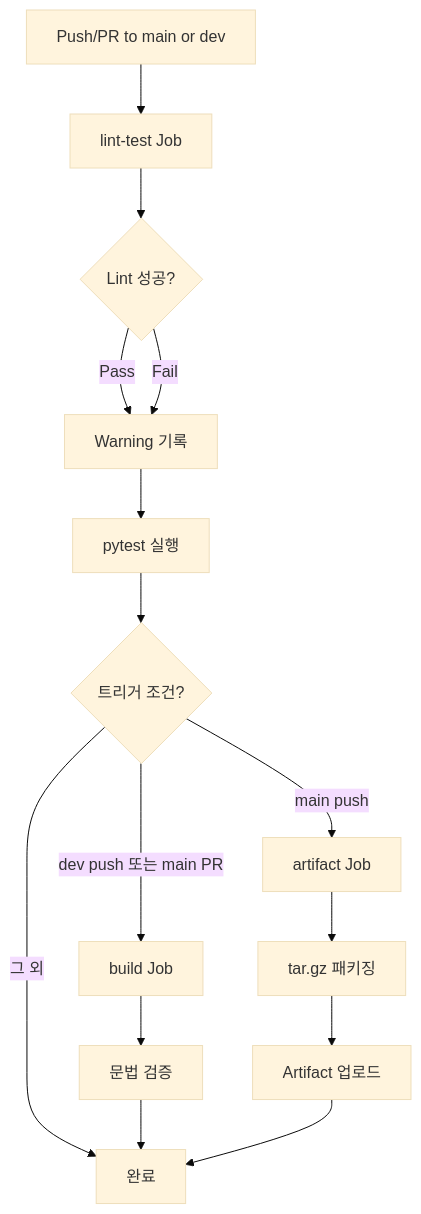
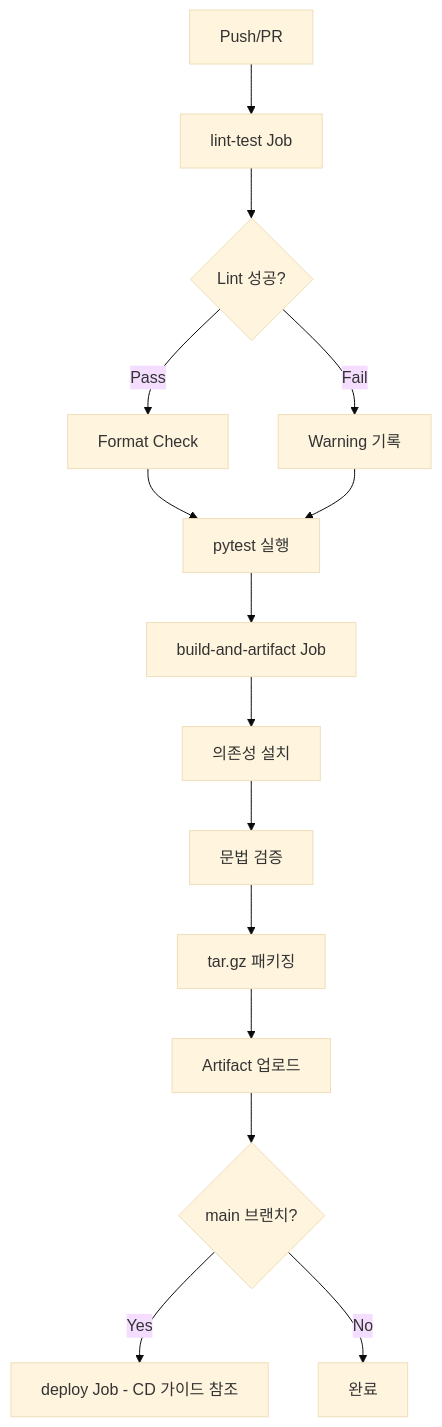
The diagram in wiki/guide/ai-server-ci-guide.md (100-hours-a-week/14-team-dojangkok-cloud), drawn with Mermaid (base theme) before and after one commit. The commit also changed other lines of this file and 5 other files, not shown here.

First line of the commit message:
refactor(ci): AI Server CI/CD 워크플로우 통합

````diff
--- a/wiki/guide/ai-server-ci-guide.md
+++ b/wiki/guide/ai-server-ci-guide.md
@@ -281,20 +280,17 @@
 ```mermaid
 flowchart TD
-    A[Push/PR to main or dev] --> B[lint-test Job]
+    A[Push/PR] --> B[lint-test Job]
     B --> C{Lint 성공?}
     C -->|Pass| D[Format Check]
-    C -->|Fail| D[Warning 기록]
+    C -->|Fail| D2[Warning 기록]
     D --> E[pytest 실행]
-    E --> F{트리거 조건?}
-
-    F -->|dev push 또는 main PR| G[build Job]
-    F -->|main push| H[artifact Job]
-    F -->|그 외| I[완료]
-
-    G --> J[문법 검증]
-    J --> I
-
-    H --> K[tar.gz 패키징]
-    K --> L[Artifact 업로드]
-    L --> I
+    D2 --> E
+    E --> F[build-and-artifact Job]
+    F --> G[의존성 설치]
+    G --> H[문법 검증]
+    H --> I[tar.gz 패키징]
+    I --> J[Artifact 업로드]
+    J --> K{main 브랜치?}
+    K -->|Yes| L[deploy Job - CD 가이드 참조]
+    K -->|No| M[완료]
 ```
````
